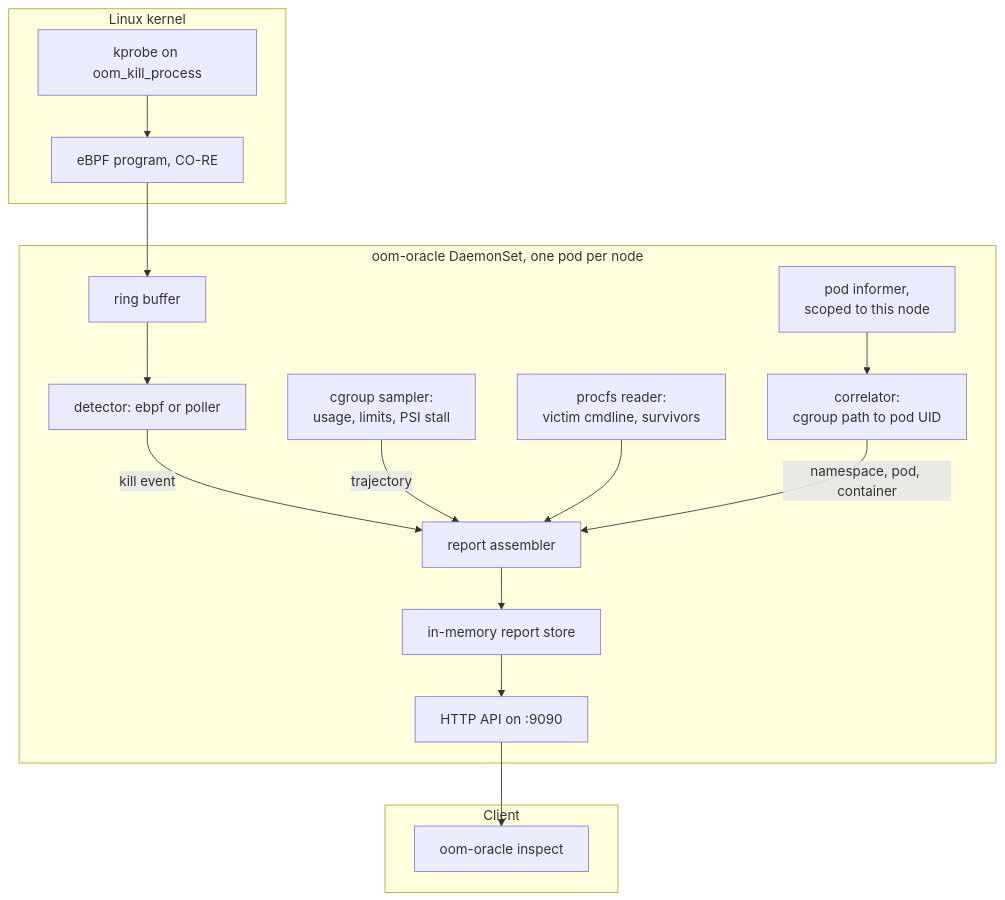
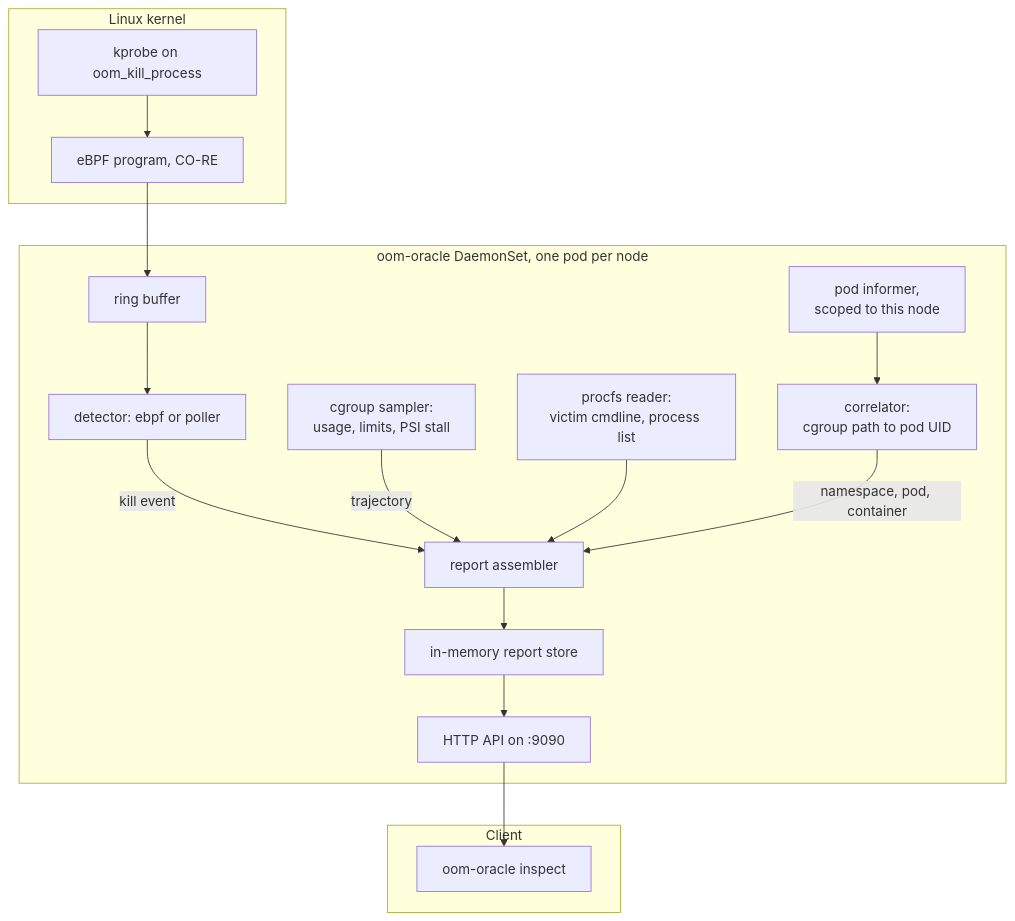
The diagram in README.md (ethan-kane-ops/k8s-pod-oom-oracle), drawn with Mermaid before and after one commit. The commit also changed other lines of this file and 17 other files, not shown here.

````diff
--- a/README.md
+++ b/README.md
@@ -37,34 +37,34 @@
 ```mermaid
 flowchart TD
     subgraph Kernel [Linux kernel]
         KP["kprobe on oom_kill_process"]
         BPF["eBPF program, CO-RE"]
         KP --> BPF
     end
 
     subgraph Node [oom-oracle DaemonSet, one pod per node]
         RB["ring buffer"]
         DET["detector: ebpf or poller"]
         SAM["cgroup sampler:<br/>usage, limits, PSI stall"]
-        PROC["procfs reader:<br/>victim cmdline, survivors"]
+        PROC["procfs reader:<br/>victim cmdline, process list"]
         POD["pod informer,<br/>scoped to this node"]
         RES["correlator:<br/>cgroup path to pod UID"]
         ASM["report assembler"]
         STORE["in-memory report store"]
         API["HTTP API on :9090"]
 
         BPF --> RB --> DET
         DET -->|kill event| ASM
         SAM -->|trajectory| ASM
         PROC --> ASM
         POD --> RES
         RES -->|namespace, pod, container| ASM
         ASM --> STORE --> API
     end
 
     subgraph Client [Client]
         CLI["oom-oracle inspect"]
     end
 
     API --> CLI
 ```
````
